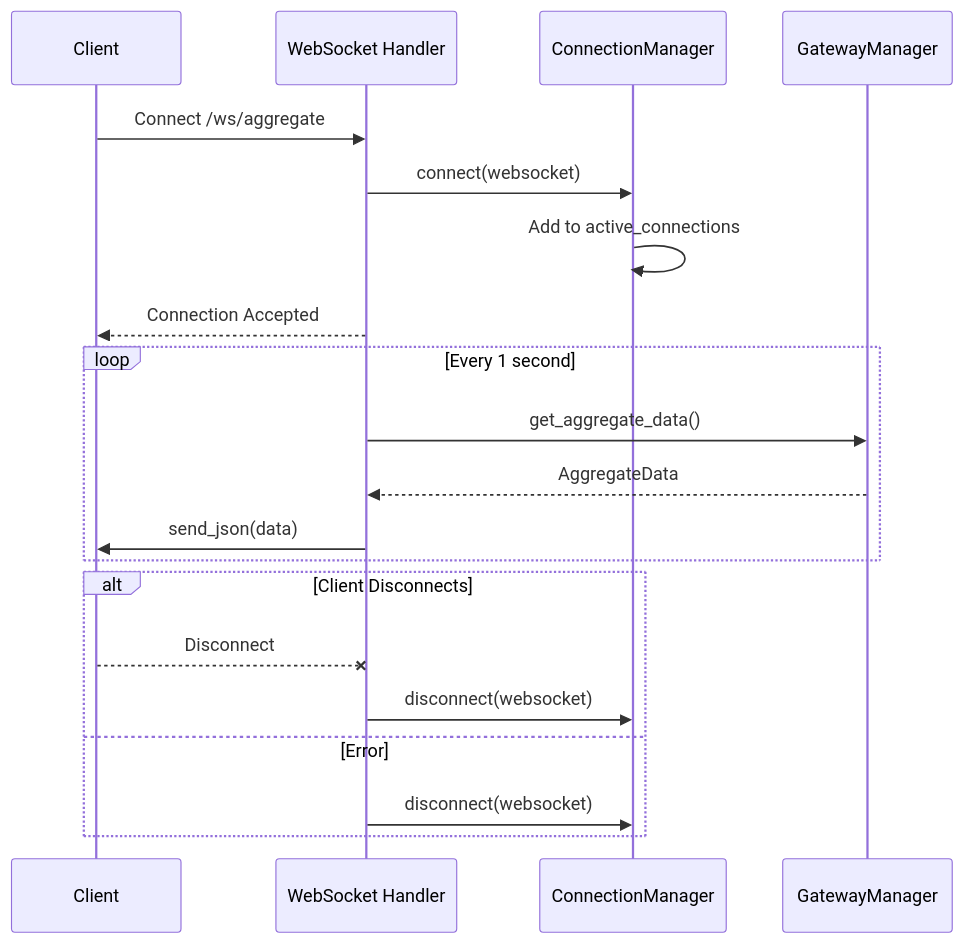
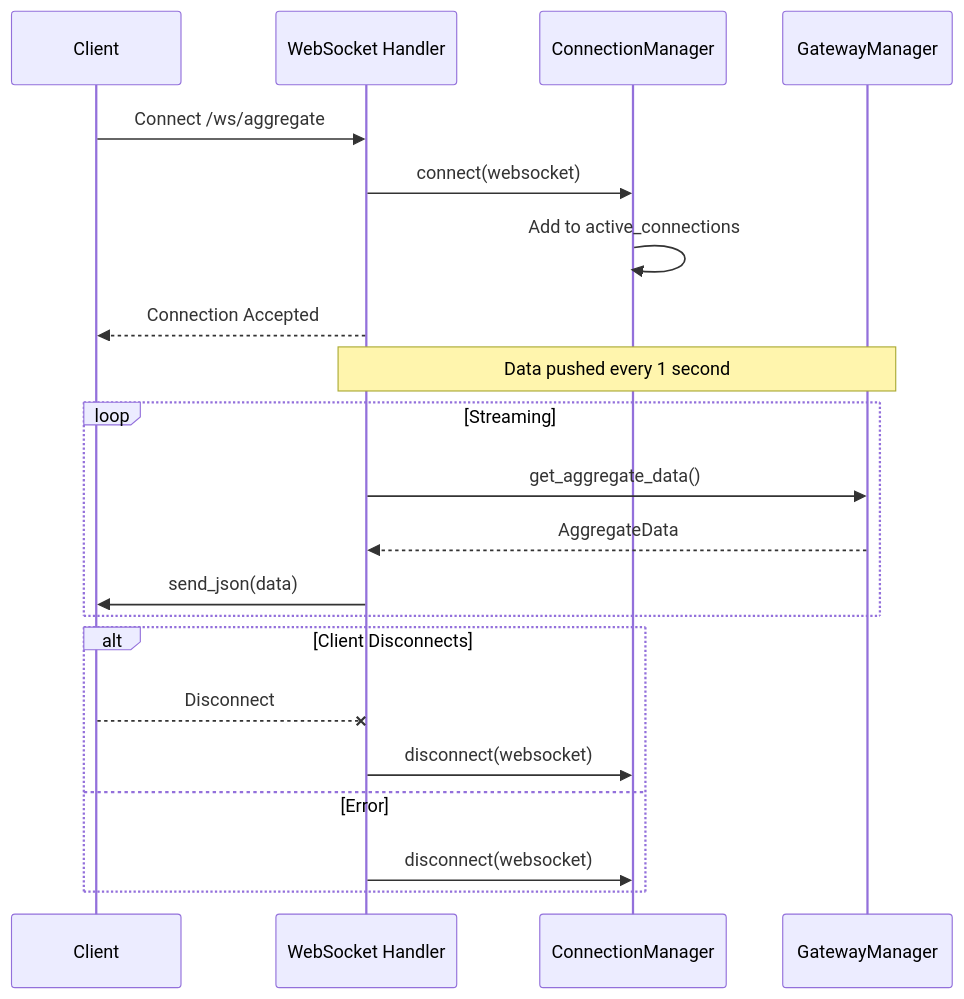
Before and after one commit to jasonacox/pypowerwall-server: the fifth of 8 diagrams in DESIGN.md, drawn with Mermaid. The commit also changed other lines of this file, not shown here.

````diff
--- a/DESIGN.md
+++ b/DESIGN.md
@@ -267,25 +268,26 @@
 ```mermaid
 sequenceDiagram
     participant C as Client
     participant WS as WebSocket Handler
     participant CM as ConnectionManager
     participant GM as GatewayManager
     
     C->>WS: Connect /ws/aggregate
     WS->>CM: connect(websocket)
     CM->>CM: Add to active_connections
     WS-->>C: Connection Accepted
     
-    loop Every 1 second
+    Note over WS,GM: Data pushed every 1 second
+    loop Streaming
         WS->>GM: get_aggregate_data()
         GM-->>WS: AggregateData
         WS->>C: send_json(data)
     end
     
     alt Client Disconnects
         C--xWS: Disconnect
         WS->>CM: disconnect(websocket)
     else Error
         WS->>CM: disconnect(websocket)
     end
 ```
````
